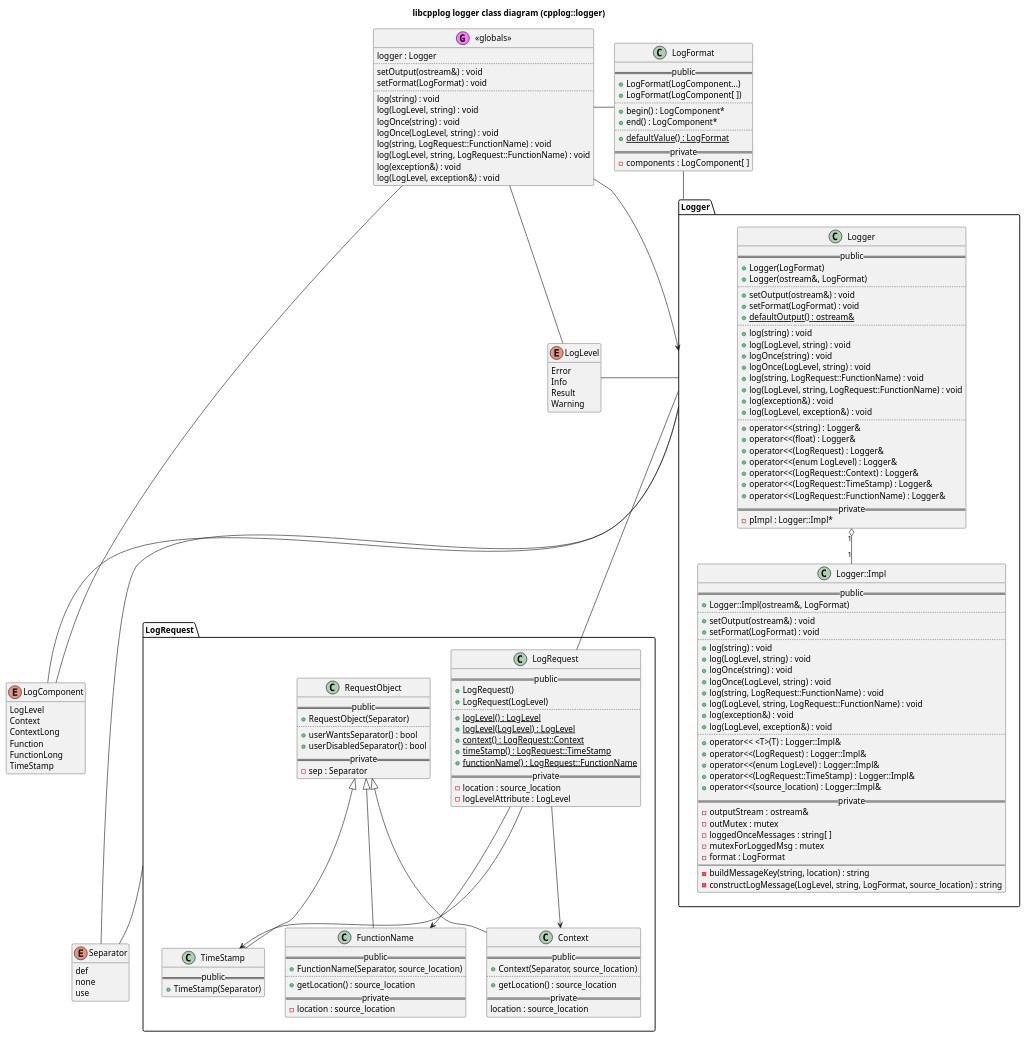
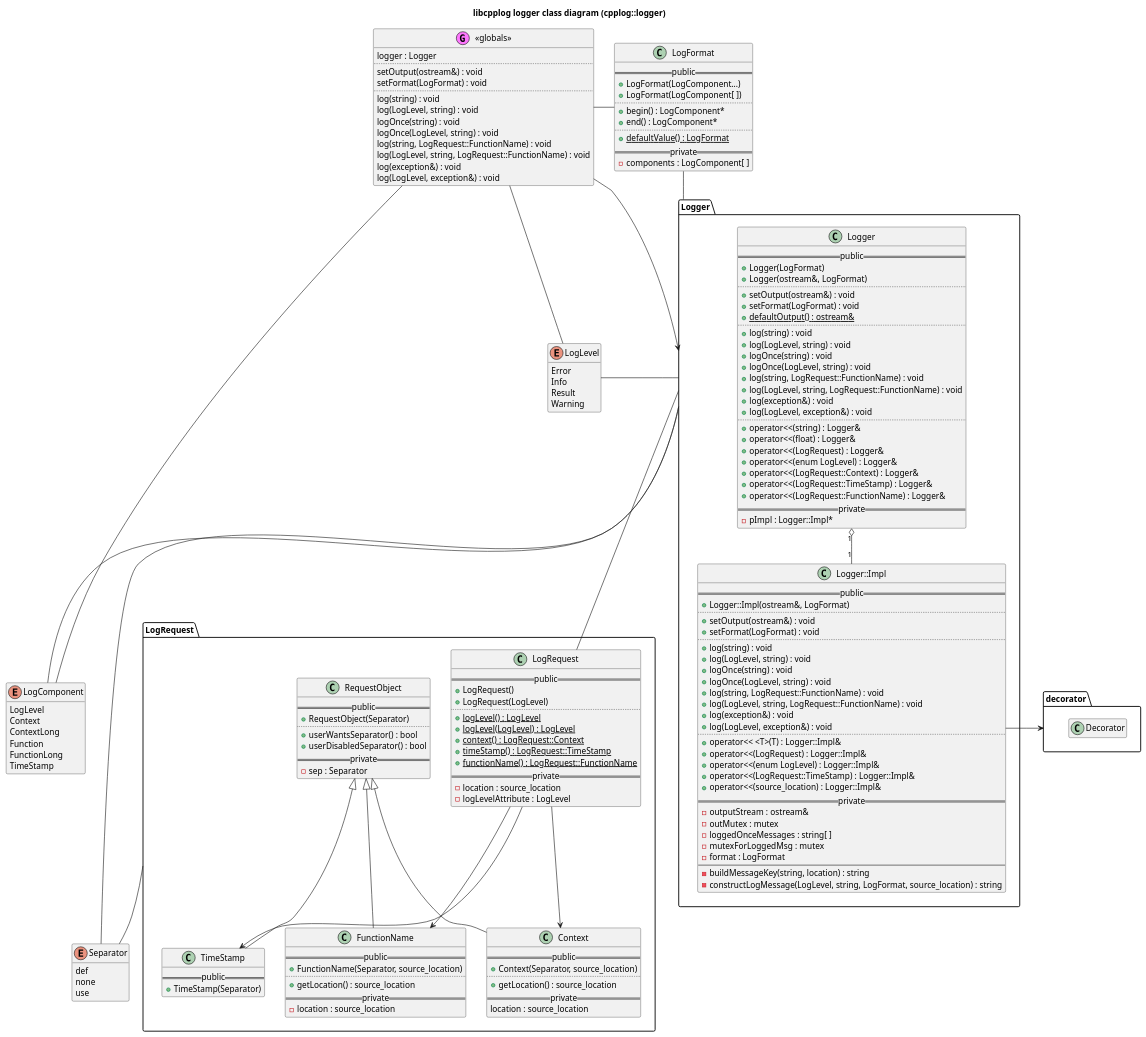
The diagram in libcpplog/logger/doc/class.puml (kfpgk/libcpplog), drawn with PlantUML before and after one commit.

Commit message:
Add decorator package relation to logger package class diagram

```diff
--- a/libcpplog/logger/doc/class.puml
+++ b/libcpplog/logger/doc/class.puml
@@ -172,6 +172,12 @@
     log(LogLevel, exception&) : void
 }
 
+package decorator {
+    class Decorator
+    hide Decorator attributes
+    hide Decorator methods
+}
+
 LogRequestPackage -- Separator
 LoggerPackage -- Separator
 
@@ -200,4 +206,6 @@
 
 globals -left-> LoggerPackage
 
+LoggerImpl -> decorator
+
 @enduml
```
